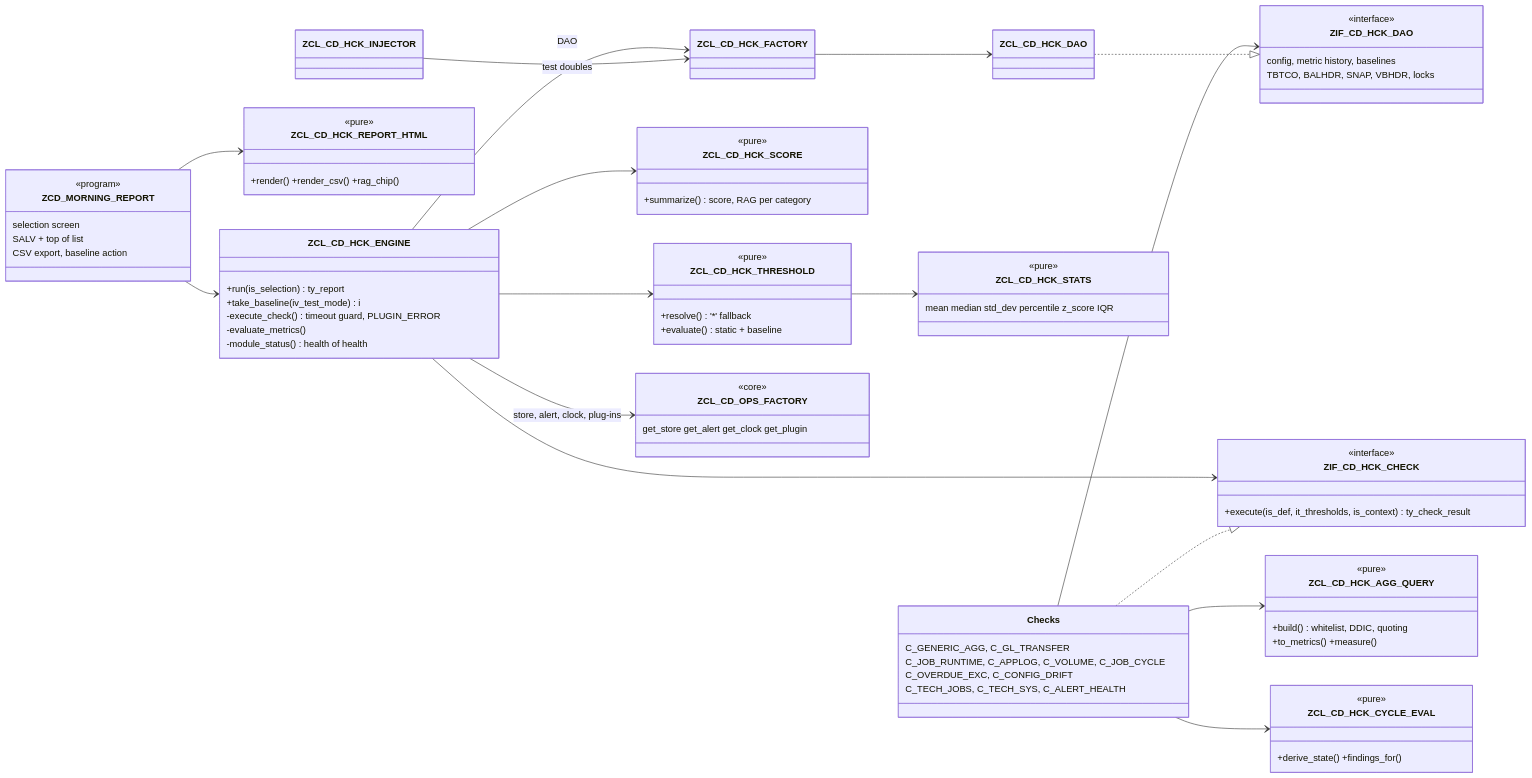
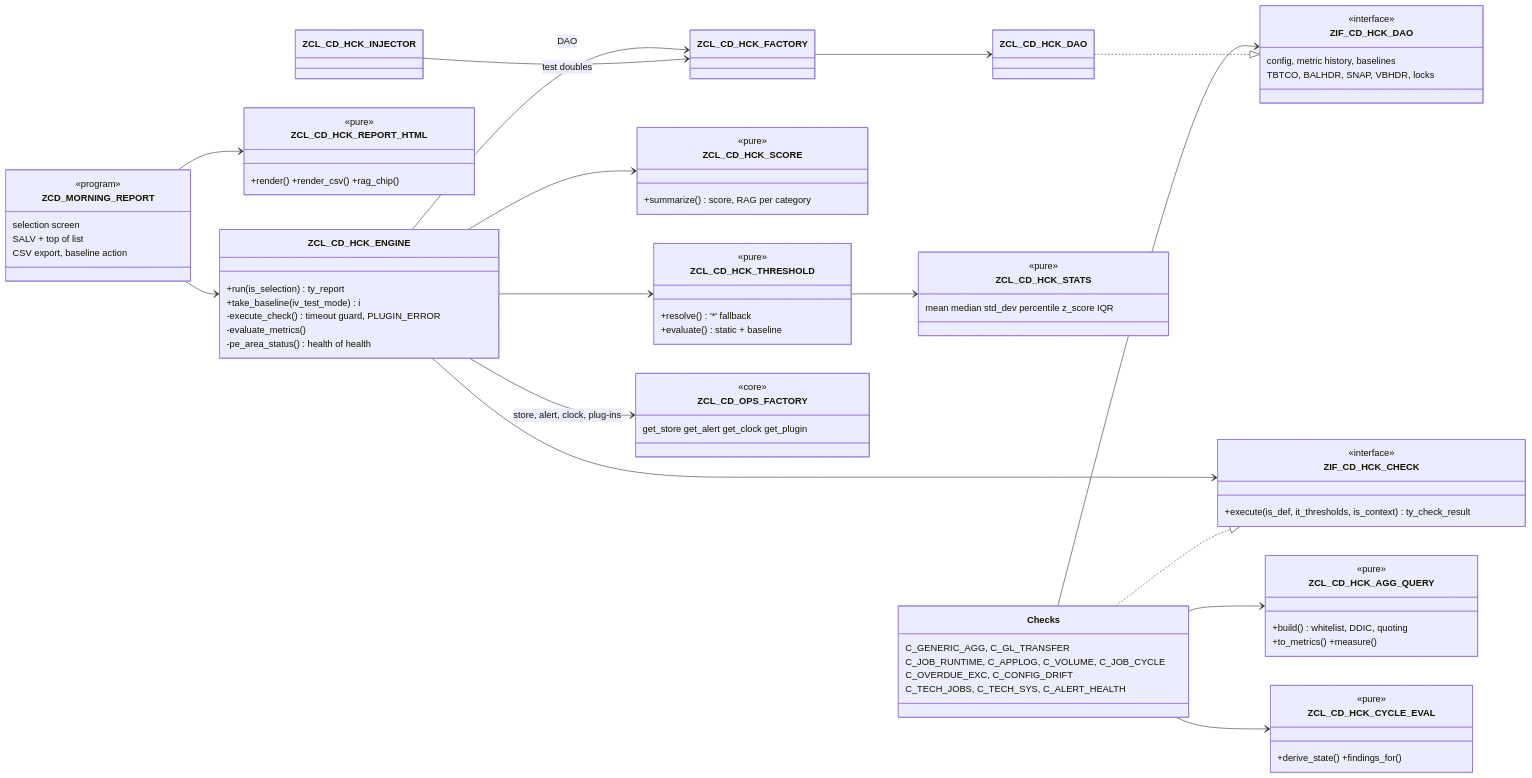
One commit to jaideep247/bai changed the first of 2 diagrams in ops-suite/docs/HCK_MORNING_REPORT.md. Above: the diagram before and after it, drawn with Mermaid. The commit also changed other lines of this file and 129 other files, not shown here.

First line of the commit message:
refactor(ops-suite): payment engine wording, module renamed to PE_AREA (D-6)

````diff
--- a/ops-suite/docs/HCK_MORNING_REPORT.md
+++ b/ops-suite/docs/HCK_MORNING_REPORT.md
@@ -106,80 +106,80 @@
 ```mermaid
 classDiagram
   direction LR
   class ZCD_MORNING_REPORT {
     <<program>>
     selection screen
     SALV + top of list
     CSV export, baseline action
   }
   class ZCL_CD_HCK_ENGINE {
     +run(is_selection) ty_report
     +take_baseline(iv_test_mode) i
     -execute_check() timeout guard, PLUGIN_ERROR
     -evaluate_metrics()
-    -module_status() health of health
+    -pe_area_status() health of health
   }
   class ZIF_CD_HCK_CHECK {
     <<interface>>
     +execute(is_def, it_thresholds, is_context) ty_check_result
   }
   class ZIF_CD_HCK_DAO {
     <<interface>>
     config, metric history, baselines
     TBTCO, BALHDR, SNAP, VBHDR, locks
   }
   class ZCL_CD_HCK_DAO
   class ZCL_CD_HCK_THRESHOLD {
     <<pure>>
     +resolve() '*' fallback
     +evaluate() static + baseline
   }
   class ZCL_CD_HCK_STATS {
     <<pure>>
     mean median std_dev percentile z_score IQR
   }
   class ZCL_CD_HCK_SCORE {
     <<pure>>
     +summarize() score, RAG per category
   }
   class ZCL_CD_HCK_CYCLE_EVAL {
     <<pure>>
     +derive_state() +findings_for()
   }
   class ZCL_CD_HCK_AGG_QUERY {
     <<pure>>
     +build() whitelist, DDIC, quoting
     +to_metrics() +measure()
   }
   class ZCL_CD_HCK_REPORT_HTML {
     <<pure>>
     +render() +render_csv() +rag_chip()
   }
   class ZCL_CD_HCK_FACTORY
   class ZCL_CD_HCK_INJECTOR
   class ZCL_CD_OPS_FACTORY {
     <<core>>
     get_store get_alert get_clock get_plugin
   }
   class Checks {
     C_GENERIC_AGG, C_GL_TRANSFER
     C_JOB_RUNTIME, C_APPLOG, C_VOLUME, C_JOB_CYCLE
     C_OVERDUE_EXC, C_CONFIG_DRIFT
     C_TECH_JOBS, C_TECH_SYS, C_ALERT_HEALTH
   }
   ZCD_MORNING_REPORT --> ZCL_CD_HCK_ENGINE
   ZCD_MORNING_REPORT --> ZCL_CD_HCK_REPORT_HTML
   ZCL_CD_HCK_ENGINE --> ZCL_CD_OPS_FACTORY : store, alert, clock, plug-ins
   ZCL_CD_HCK_ENGINE --> ZCL_CD_HCK_FACTORY : DAO
   ZCL_CD_HCK_ENGINE --> ZIF_CD_HCK_CHECK
   ZCL_CD_HCK_ENGINE --> ZCL_CD_HCK_THRESHOLD
   ZCL_CD_HCK_ENGINE --> ZCL_CD_HCK_SCORE
   ZCL_CD_HCK_THRESHOLD --> ZCL_CD_HCK_STATS
   Checks ..|> ZIF_CD_HCK_CHECK
   Checks --> ZIF_CD_HCK_DAO
   Checks --> ZCL_CD_HCK_AGG_QUERY
   Checks --> ZCL_CD_HCK_CYCLE_EVAL
   ZCL_CD_HCK_DAO ..|> ZIF_CD_HCK_DAO
   ZCL_CD_HCK_FACTORY --> ZCL_CD_HCK_DAO
   ZCL_CD_HCK_INJECTOR --> ZCL_CD_HCK_FACTORY : test doubles
 ```
````
